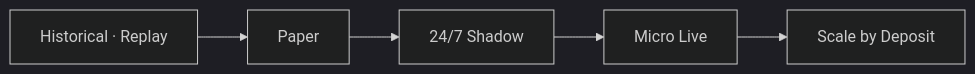
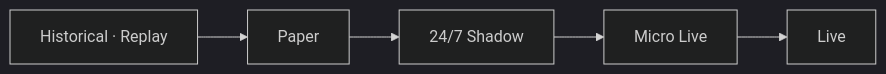
One commit to bigpine-choi/cassandra-trader changed the fourth of 4 diagrams in docs/CASSANDRA_BLUEPRINT_v1.0.md. Above: the diagram before and after it, drawn with Mermaid (dark theme). The commit also changed other lines of this file, not shown here.

Commit message:
docs: align blueprint with event-driven architecture (#2)

````diff
--- a/docs/CASSANDRA_BLUEPRINT_v1.0.md
+++ b/docs/CASSANDRA_BLUEPRINT_v1.0.md
@@ -648,7 +697,7 @@
 ```mermaid
 flowchart LR
     A["Historical · Replay"] --> B["Paper"]
     B --> C["24/7 Shadow"]
     C --> D["Micro Live"]
-    D --> E["Scale by Deposit"]
+    D --> E["Live"]
 ```
````
